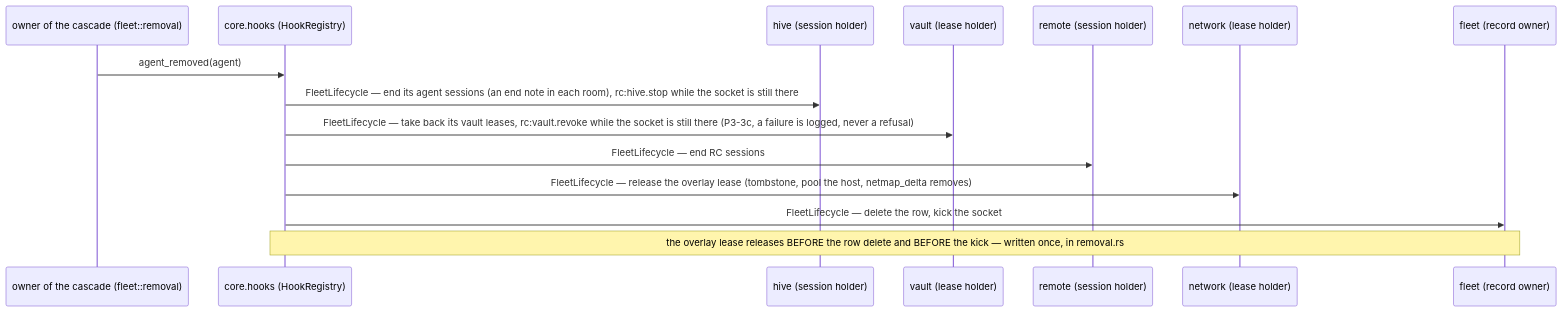
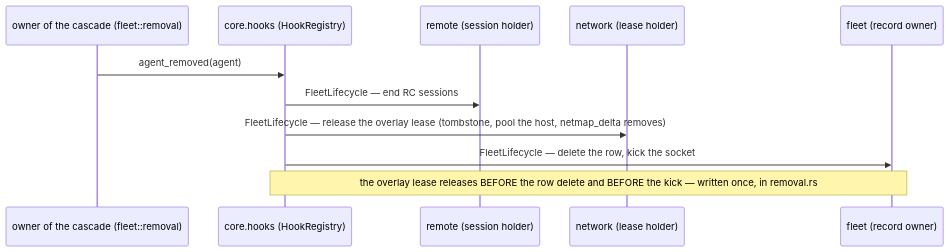
The seventh of 8 diagrams in docs/modular-monolith.md (gjovanov/roomler-ai), drawn with Mermaid before and after one commit. The commit also changed other lines of this file and 9 other files, not shown here.

````diff
--- a/docs/modular-monolith.md
+++ b/docs/modular-monolith.md
@@ -376,17 +351,13 @@
 ```mermaid
 sequenceDiagram
     participant O as owner of the cascade (fleet::removal)
     participant C as core.hooks (HookRegistry)
-    participant H as hive (session holder)
-    participant V as vault (lease holder)
     participant R as remote (session holder)
     participant N as network (lease holder)
     participant F as fleet (record owner)
     O->>C: agent_removed(agent)
-    C->>H: FleetLifecycle — end its agent sessions (an end note in each room), rc:hive.stop while the socket is still there
-    C->>V: FleetLifecycle — take back its vault leases, rc:vault.revoke while the socket is still there (P3-3c, a failure is logged, never a refusal)
     C->>R: FleetLifecycle — end RC sessions
     C->>N: FleetLifecycle — release the overlay lease (tombstone, pool the host, netmap_delta removes)
     C->>F: FleetLifecycle — delete the row, kick the socket
     Note over C,F: the overlay lease releases BEFORE the row delete and BEFORE the kick — written once, in removal.rs
 ```
````
